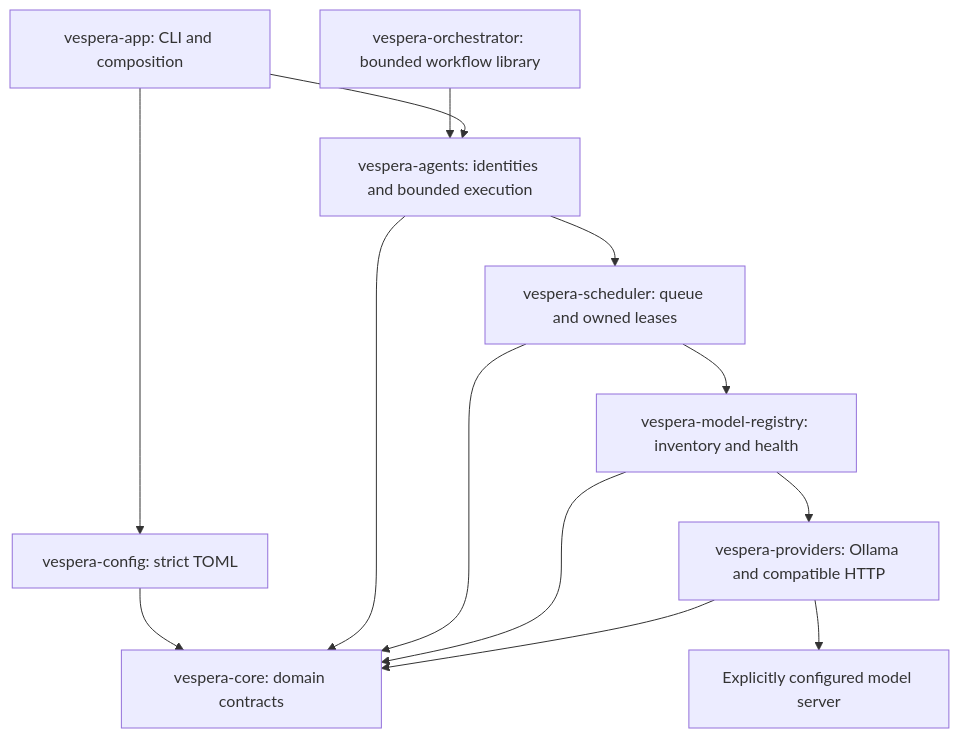
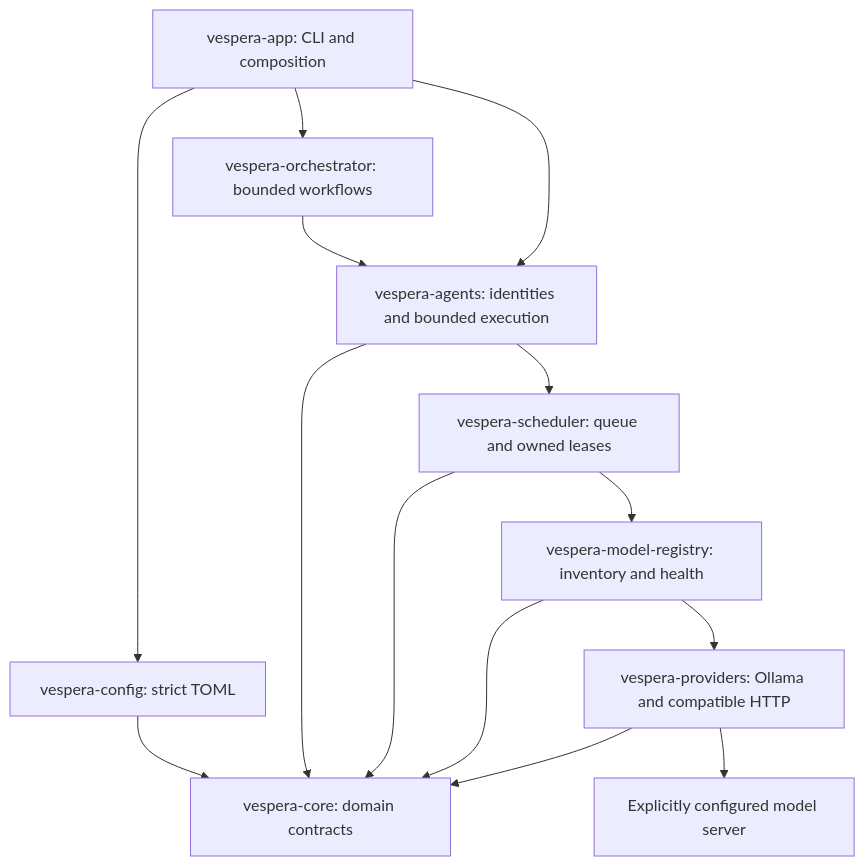
Before and after one commit to ShamelesAbyss/Vespera: the diagram in README.md, drawn with Mermaid. The commit also changed other lines of this file and 18 other files, not shown here.

Commit message:
feat: run bounded workflows from the native CLI

````diff
--- a/README.md
+++ b/README.md
@@ -11,15 +11,16 @@
 ```mermaid
 flowchart TD
     CLI[vespera-app: CLI and composition] --> Config[vespera-config: strict TOML]
-    Orchestrator[vespera-orchestrator: bounded workflow library] --> Agents
+    CLI --> Orchestrator[vespera-orchestrator: bounded workflows]
+    Orchestrator --> Agents
     CLI --> Agents[vespera-agents: identities and bounded execution]
     Agents --> Scheduler[vespera-scheduler: queue and owned leases]
     Scheduler --> Registry[vespera-model-registry: inventory and health]
     Registry --> Providers[vespera-providers: Ollama and compatible HTTP]
     Providers --> Backend[Explicitly configured model server]
     Config --> Core[vespera-core: domain contracts]
     Agents --> Core
     Scheduler --> Core
     Registry --> Core
     Providers --> Core
 ```
````
